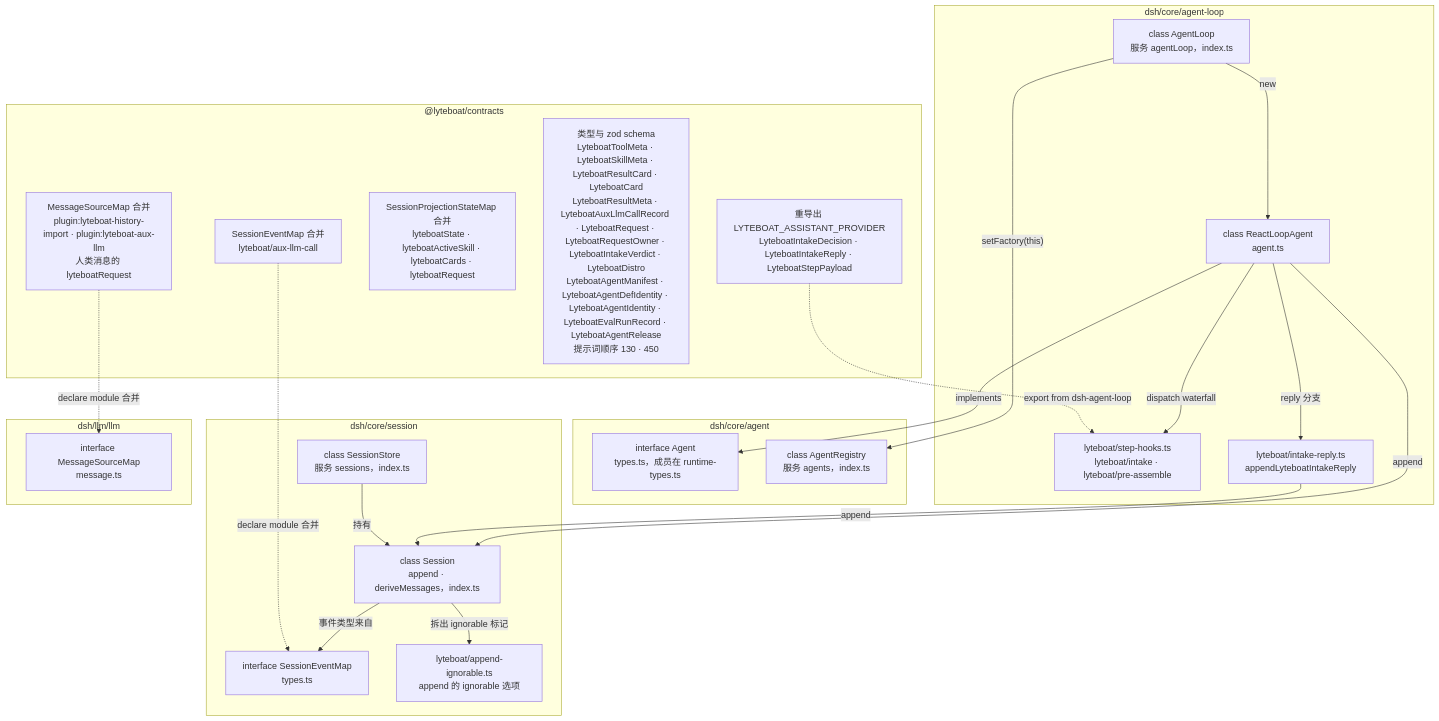
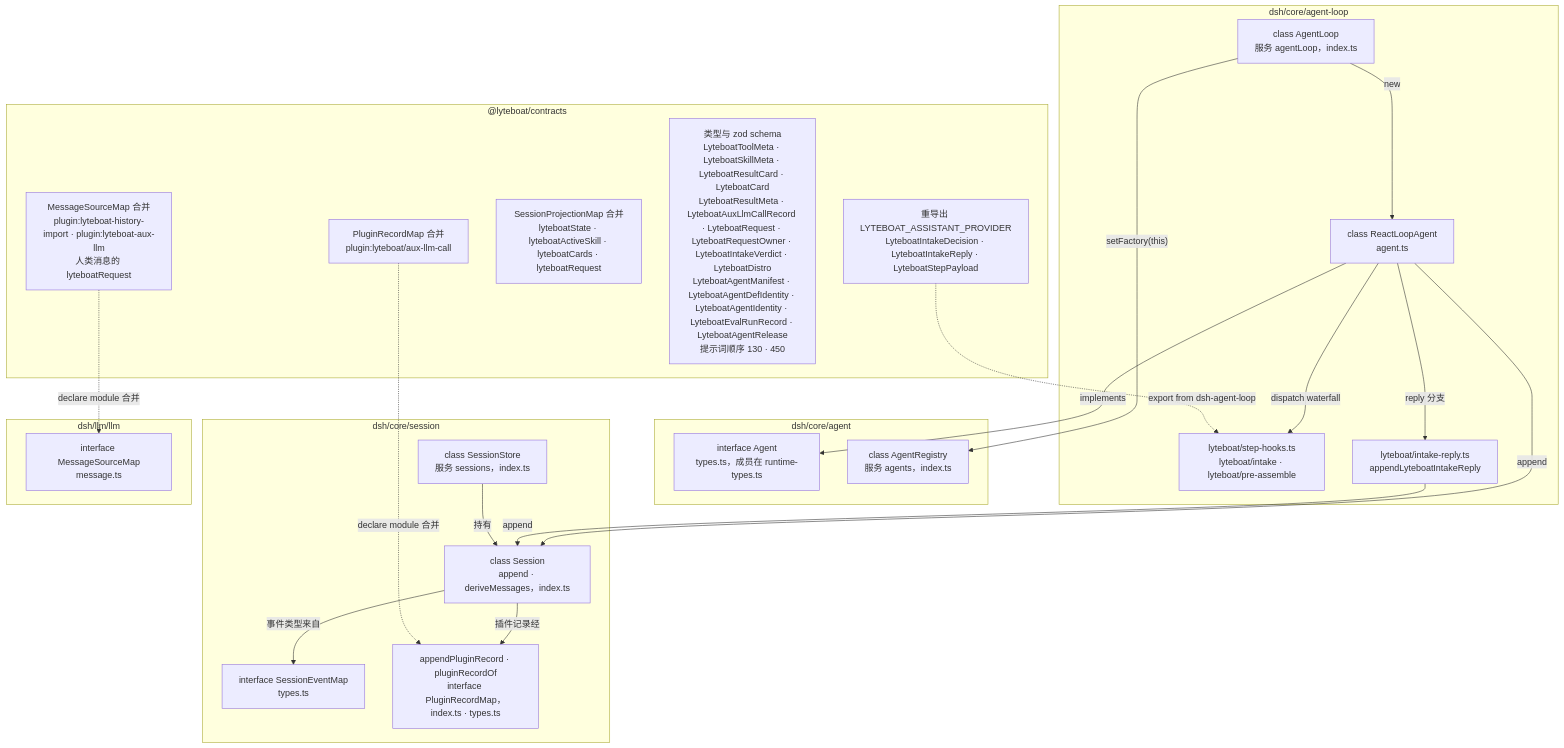
Before and after one commit to lyteboat/lyteboat: the fourth of 11 diagrams in docs/01-architecture.md, drawn with Mermaid. The commit also changed other lines of this file and 9 other files, not shown here.

````diff
--- a/docs/01-architecture.md
+++ b/docs/01-architecture.md
@@ -278,42 +277,42 @@
 ```mermaid
 flowchart TB
   subgraph AGT["dsh/core/agent"]
     agentT["interface Agent<br/>types.ts，成员在 runtime-types.ts"]
     reg["class AgentRegistry<br/>服务 agents，index.ts"]
   end
   subgraph LOOP["dsh/core/agent-loop"]
     al["class AgentLoop<br/>服务 agentLoop，index.ts"]
     rla["class ReactLoopAgent<br/>agent.ts"]
     hooks["lyteboat/step-hooks.ts<br/>lyteboat/intake · lyteboat/pre-assemble"]
     reply["lyteboat/intake-reply.ts<br/>appendLyteboatIntakeReply"]
   end
   subgraph SESS["dsh/core/session"]
     store["class SessionStore<br/>服务 sessions，index.ts"]
     sess["class Session<br/>append · deriveMessages，index.ts"]
     sem["interface SessionEventMap<br/>types.ts"]
-    ign["lyteboat/append-ignorable.ts<br/>append 的 ignorable 选项"]
+    prec["appendPluginRecord · pluginRecordOf<br/>interface PluginRecordMap，index.ts · types.ts"]
   end
   subgraph LLMP["dsh/llm/llm"]
     msm["interface MessageSourceMap<br/>message.ts"]
   end
   subgraph CON["@lyteboat/contracts"]
-    cEv["SessionEventMap 合并<br/>lyteboat/aux-llm-call"]
+    cEv["PluginRecordMap 合并<br/>plugin:lyteboat/aux-llm-call"]
     cSrc["MessageSourceMap 合并<br/>plugin:lyteboat-history-import · plugin:lyteboat-aux-llm<br/>人类消息的 lyteboatRequest"]
-    cProj["SessionProjectionStateMap 合并<br/>lyteboatState · lyteboatActiveSkill · lyteboatCards · lyteboatRequest"]
+    cProj["SessionProjectionMap 合并<br/>lyteboatState · lyteboatActiveSkill · lyteboatCards · lyteboatRequest"]
     cMeta["类型与 zod schema<br/>LyteboatToolMeta · LyteboatSkillMeta · LyteboatResultCard · LyteboatCard<br/>LyteboatResultMeta · LyteboatAuxLlmCallRecord · LyteboatRequest · LyteboatRequestOwner · LyteboatIntakeVerdict · LyteboatDistro<br/>LyteboatAgentManifest · LyteboatAgentDefIdentity · LyteboatAgentIdentity · LyteboatEvalRunRecord · LyteboatAgentRelease<br/>提示词顺序 130 · 450"]
     cRe["重导出 LYTEBOAT_ASSISTANT_PROVIDER<br/>LyteboatIntakeDecision · LyteboatIntakeReply · LyteboatStepPayload"]
   end
   al -->|"setFactory(this)"| reg
   al -->|"new"| rla
   rla -->|"implements"| agentT
   rla -->|"dispatch waterfall"| hooks
   rla -->|"reply 分支"| reply
   rla -->|"append"| sess
   reply -->|"append"| sess
   store -->|"持有"| sess
   sess -->|"事件类型来自"| sem
-  sess -->|"拆出 ignorable 标记"| ign
-  cEv -.->|"declare module 合并"| sem
+  sess -->|"插件记录经"| prec
+  cEv -.->|"declare module 合并"| prec
   cSrc -.->|"declare module 合并"| msm
   cRe -.->|"export from dsh-agent-loop"| hooks
 ```
````
